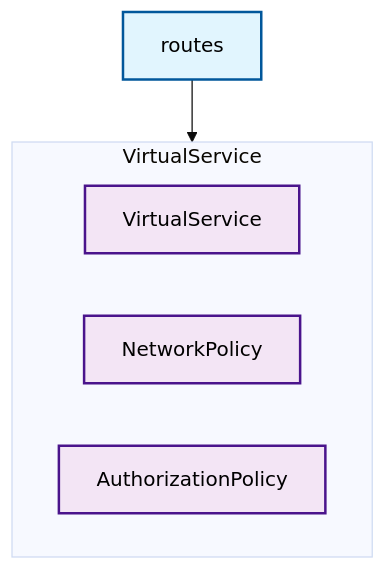
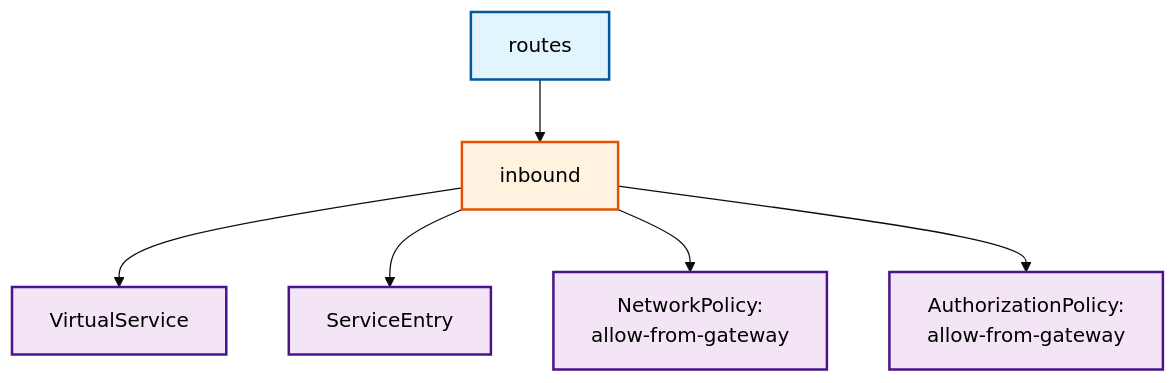
The third of 4 diagrams in docs/RESOURCE_GRAPH.md (DoD-Platform-One/bb-common), drawn with Mermaid (base theme) before and after one commit. The commit also changed other lines of this file and 53 other files, not shown here.

````diff
--- a/docs/RESOURCE_GRAPH.md
+++ b/docs/RESOURCE_GRAPH.md
@@ -28,19 +68,18 @@
 ```mermaid
-graph TD
-    B[routes] --> VH[VirtualService]
-    
-    subgraph VH[VirtualService]
-        B1[VirtualService]
-        B2[NetworkPolicy]
-        B3[AuthorizationPolicy]
-    end
+graph TB
+    B[routes] --> B1[inbound]
+
+    B1 --> B1A[VirtualService]
+    B1 --> B1B[ServiceEntry]
+    B1 --> B1C[NetworkPolicy:<br/>allow-from-gateway]
+    B1 --> B1D[AuthorizationPolicy:<br/>allow-from-gateway]
 
     %% Styling
     classDef configKeys fill:#e1f5fe,stroke:#01579b,stroke-width:2px,color:black;
     classDef resources fill:#f3e5f5,stroke:#4a148c,stroke-width:2px,color:black;
     classDef subKeys fill:#fff3e0,stroke:#e65100,stroke-width:2px,color:black;
-    
-    class B,C configKeys;
-    class C1 subKeys;
-    class B1,B2,B3,C2,C3 resources;
+
+    class B configKeys;
+    class B1 subKeys;
+    class B1A,B1B,B1C,B1D resources;
 ```
````
